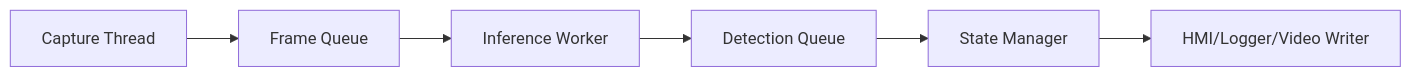
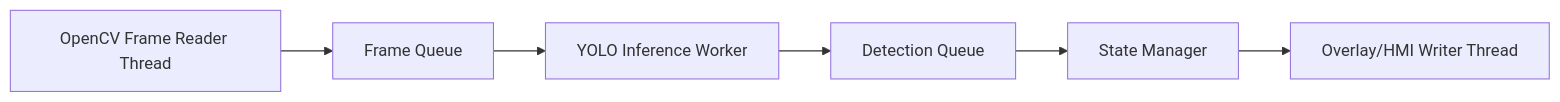
One commit to LeNguyenHaiDuong/adas-tsr changed the second of 2 diagrams in research/3.implementation/01.hybrid_pipeline_architecture.md. Above: the diagram before and after it, drawn with Mermaid. The commit also changed other lines of this file and 15 other files, not shown here.

````diff
--- a/research/3.implementation/01.hybrid_pipeline_architecture.md
+++ b/research/3.implementation/01.hybrid_pipeline_architecture.md
@@ -81,8 +102,8 @@
 ```mermaid
 flowchart LR
-    A[Capture Thread] --> Q1[Frame Queue]
-    Q1 --> B[Inference Worker]
+    A[OpenCV Frame Reader Thread] --> Q1[Frame Queue]
+    Q1 --> B[YOLO Inference Worker]
     B --> Q2[Detection Queue]
     Q2 --> C[State Manager]
-    C --> D[HMI/Logger/Video Writer]
+    C --> D[Overlay/HMI Writer Thread]
 ```
````
